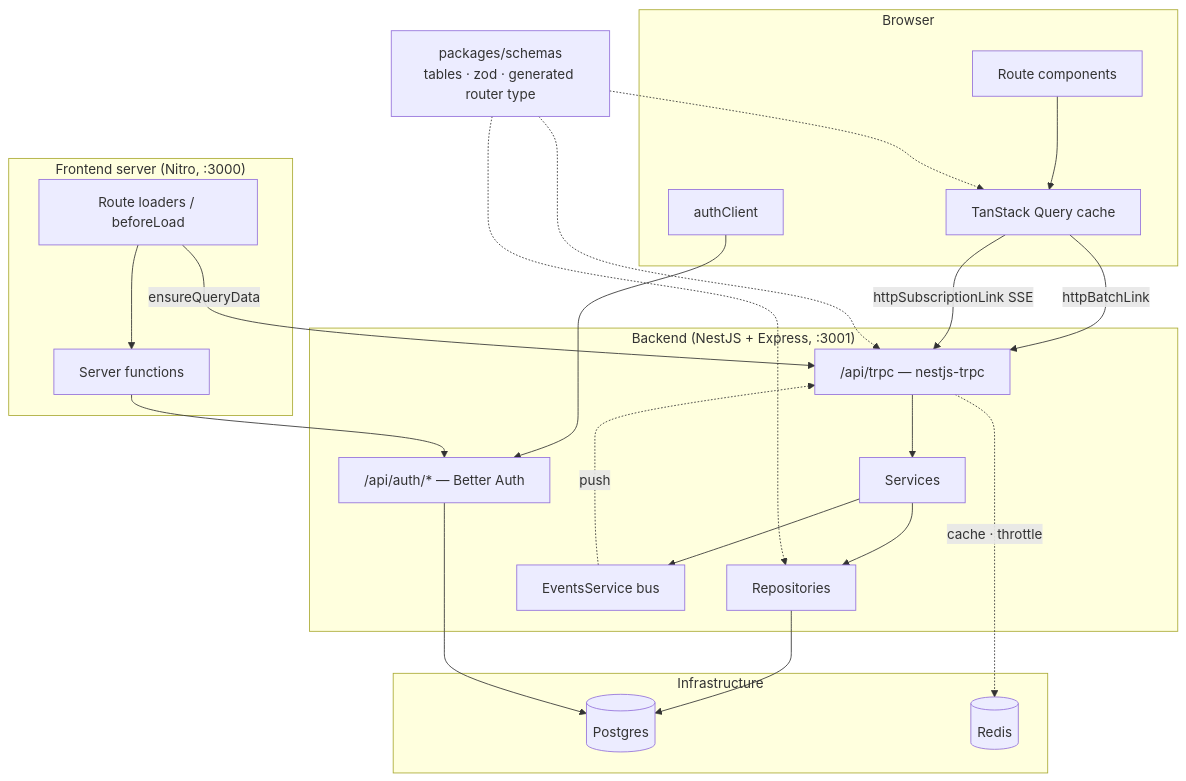
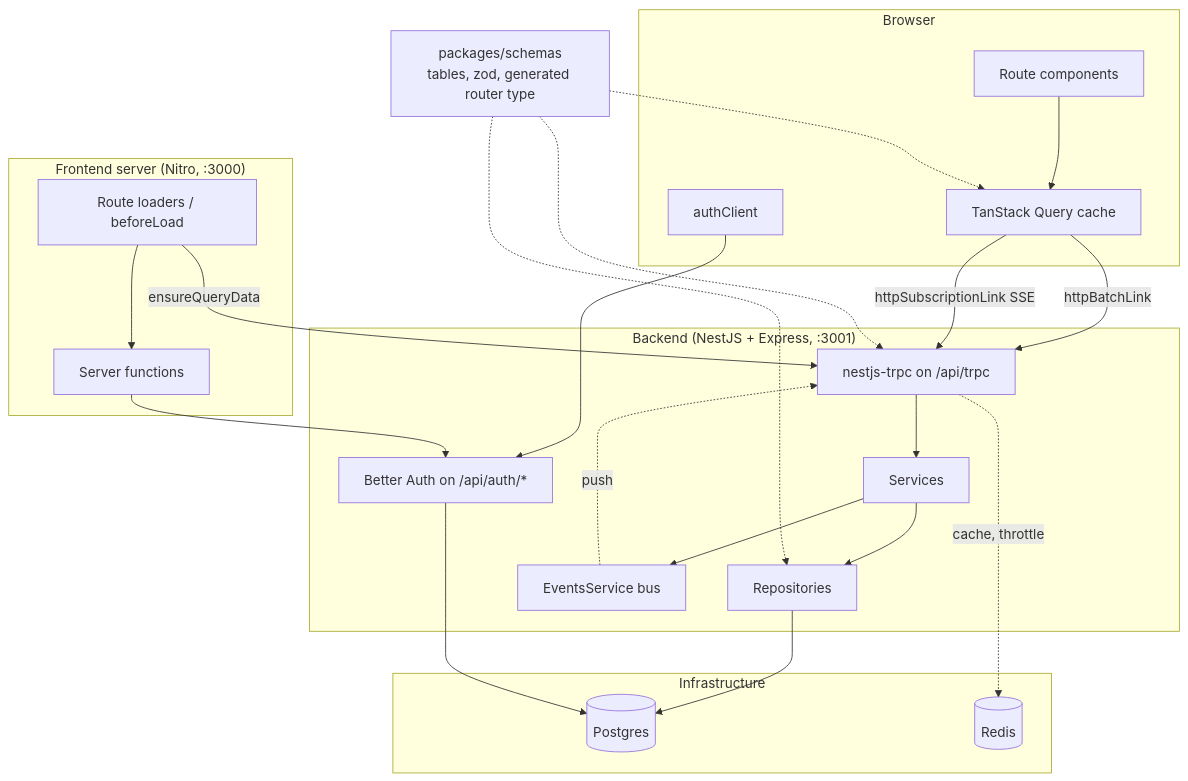
Before and after one commit to DidiWalakutty/Transcendence: the first of 6 diagrams in docs/ARCHITECTURE_TOUR.md, drawn with Mermaid. The commit also changed other lines of this file and 1 other file, not shown here.

````diff
--- a/docs/ARCHITECTURE_TOUR.md
+++ b/docs/ARCHITECTURE_TOUR.md
@@ -46,45 +46,45 @@
 ```mermaid
 graph TB
     subgraph browser["Browser"]
         RC[Route components]
         TQ[TanStack Query cache]
         AC[authClient]
     end
 
     subgraph ssr["Frontend server (Nitro, :3000)"]
         LOAD[Route loaders / beforeLoad]
         SF[Server functions]
     end
 
     subgraph be["Backend (NestJS + Express, :3001)"]
-        BA["/api/auth/* — Better Auth"]
-        TRPC["/api/trpc — nestjs-trpc"]
+        BA["Better Auth on /api/auth/*"]
+        TRPC["nestjs-trpc on /api/trpc"]
         SVC[Services]
         REPO[Repositories]
         BUS[EventsService bus]
     end
 
     subgraph infra["Infrastructure"]
         PG[(Postgres)]
         RD[(Redis)]
     end
 
-    SCH["packages/schemas<br/>tables · zod · generated router type"]
+    SCH["packages/schemas<br/>tables, zod, generated router type"]
 
     RC --> TQ
     TQ -->|httpBatchLink| TRPC
     TQ -->|httpSubscriptionLink SSE| TRPC
     AC --> BA
     LOAD --> SF
     SF --> BA
     LOAD -->|ensureQueryData| TRPC
     TRPC --> SVC --> REPO --> PG
     SVC --> BUS
     BUS -.->|push| TRPC
     BA --> PG
-    TRPC -.->|cache · throttle| RD
+    TRPC -.->|cache, throttle| RD
 
     SCH -.-> TQ
     SCH -.-> TRPC
     SCH -.-> REPO
 ```
````
